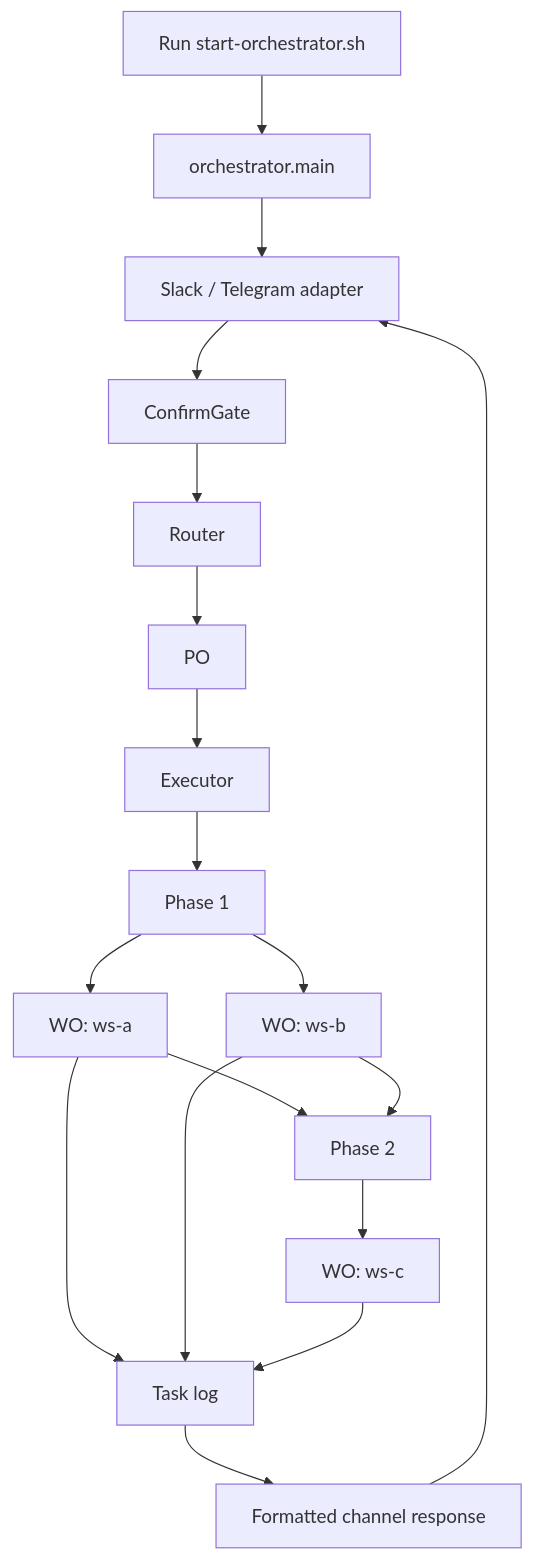
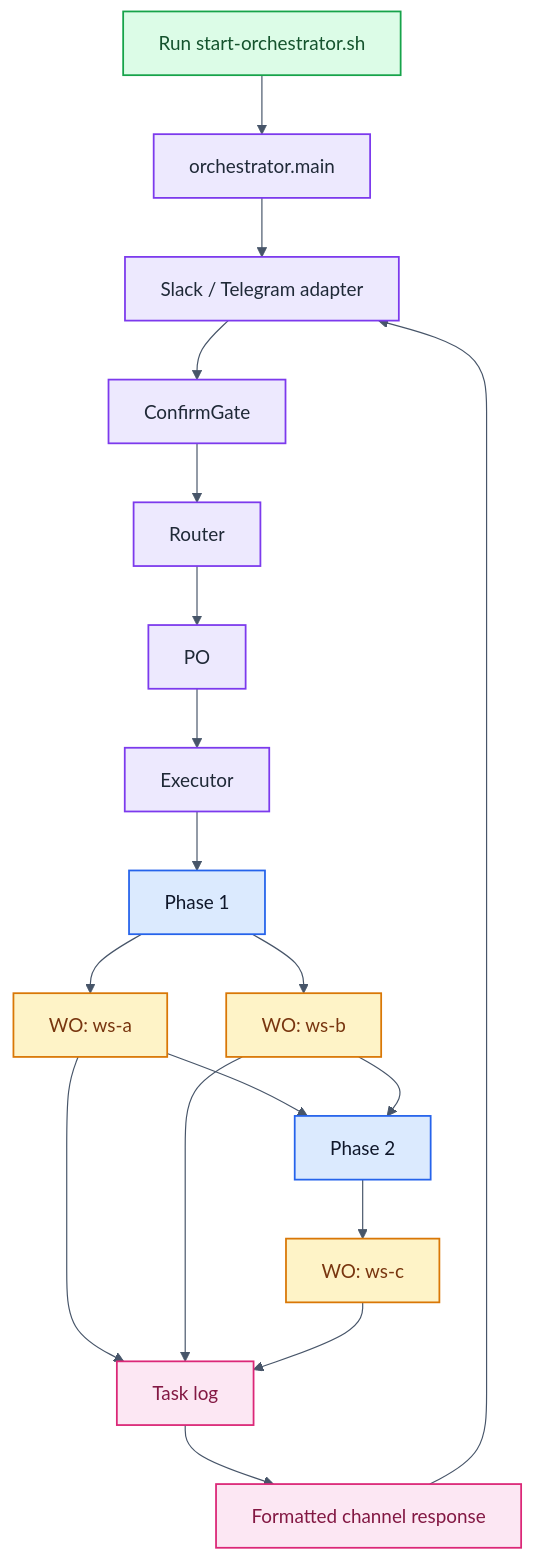
The ninth of 12 diagrams in README.md (matteblack9/coding-agent-fabric), drawn with Mermaid before and after one commit. The commit also changed other lines of this file, not shown here.

Commit message:
docs: colorize README mermaid diagrams

````diff
--- a/README.md
+++ b/README.md
@@ -352,22 +450,34 @@
 ```mermaid
+%%{init: {"theme":"base","themeVariables":{"primaryColor":"#E6F1FB","primaryTextColor":"#0F172A","primaryBorderColor":"#185FA5","secondaryColor":"#EDE9FE","secondaryTextColor":"#1F2937","secondaryBorderColor":"#7C3AED","tertiaryColor":"#ECFDF5","tertiaryTextColor":"#14532D","tertiaryBorderColor":"#16A34A","lineColor":"#475569","clusterBkg":"#F8FAFC","clusterBorder":"#94A3B8","noteBkgColor":"#FEF3C7","noteTextColor":"#78350F","noteBorderColor":"#D97706","activationBkgColor":"#DBEAFE","activationBorderColor":"#2563EB","sequenceNumberColor":"#0F172A"}}}%%
 flowchart TD
     START["Run start-orchestrator.sh"] --> MAIN["orchestrator.main"]
     MAIN --> CHANNEL["Slack / Telegram adapter"]
     CHANNEL --> GATE["ConfirmGate"]
     GATE --> ROUTER["Router"]
     ROUTER --> PO["PO"]
     PO --> EXEC["Executor"]
 
     EXEC --> PH1["Phase 1"]
     PH1 --> WO1["WO: ws-a"]
     PH1 --> WO2["WO: ws-b"]
     WO1 --> PH2["Phase 2"]
     WO2 --> PH2
     PH2 --> WO3["WO: ws-c"]
 
     WO1 --> LOG["Task log"]
     WO2 --> LOG
     WO3 --> LOG
     LOG --> RESP["Formatted channel response"]
     RESP --> CHANNEL
+
+    classDef entry fill:#DCFCE7,stroke:#16A34A,color:#14532D,stroke-width:1.5px
+    classDef control fill:#EDE9FE,stroke:#7C3AED,color:#1F2937,stroke-width:1.5px
+    classDef phase fill:#DBEAFE,stroke:#2563EB,color:#0F172A,stroke-width:1.5px
+    classDef worker fill:#FEF3C7,stroke:#D97706,color:#78350F,stroke-width:1.5px
+    classDef log fill:#FCE7F3,stroke:#DB2777,color:#831843,stroke-width:1.5px
+    class START entry
+    class MAIN,CHANNEL,GATE,ROUTER,PO,EXEC control
+    class PH1,PH2 phase
+    class WO1,WO2,WO3 worker
+    class LOG,RESP log
 ```
````
